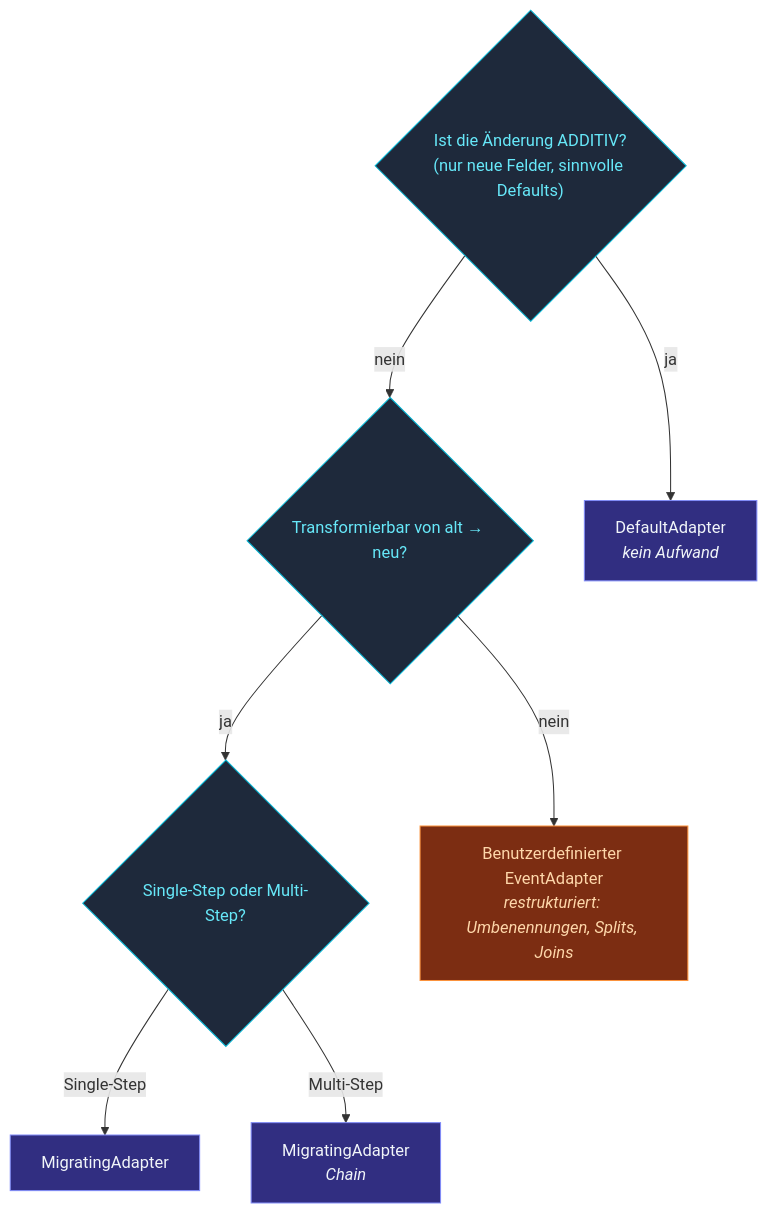
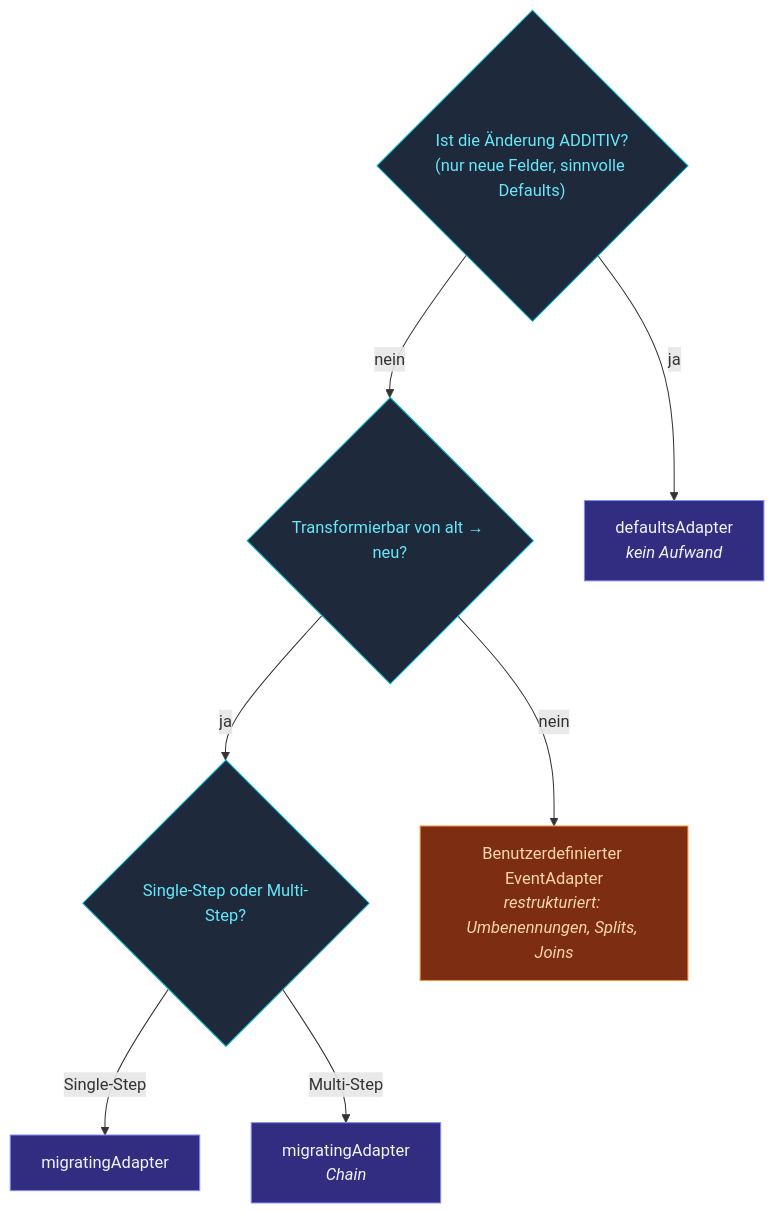
The diagram in docs/src/content/docs/de/persistence/migration/overview.mdx (pathosDev/actor-ts), drawn with Mermaid before and after one commit. The commit also changed other lines of this file and 15 other files, not shown here.

````diff
--- a/docs/src/content/docs/de/persistence/migration/overview.mdx
+++ b/docs/src/content/docs/de/persistence/migration/overview.mdx
@@ -129,22 +129,22 @@
 ```mermaid
 flowchart TB
   Q1{"Ist die Änderung ADDITIV?<br/>(nur neue Felder, sinnvolle Defaults)"}
   Q2{"Transformierbar von alt → neu?"}
   Q3{"Single-Step oder Multi-Step?"}
-  DEF["DefaultAdapter<br/><i>kein Aufwand</i>"]
-  MIG1["MigratingAdapter"]
-  MIG2["MigratingAdapter<br/><i>Chain</i>"]
+  DEF["defaultsAdapter<br/><i>kein Aufwand</i>"]
+  MIG1["migratingAdapter"]
+  MIG2["migratingAdapter<br/><i>Chain</i>"]
   CUSTOM["Benutzerdefinierter EventAdapter<br/><i>restrukturiert: Umbenennungen, Splits, Joins</i>"]
   Q1 -- "ja" --> DEF
   Q1 -- "nein" --> Q2
   Q2 -- "ja" --> Q3
   Q2 -- "nein" --> CUSTOM
   Q3 -- "Single-Step" --> MIG1
   Q3 -- "Multi-Step" --> MIG2
   classDef q  fill:#1e293b,stroke:#06b6d4,color:#67e8f9;
   classDef ok fill:#312e81,stroke:#818cf8,color:#f1f5f9;
   classDef warn fill:#7c2d12,stroke:#fb923c,color:#fed7aa;
   class Q1,Q2,Q3 q
   class DEF,MIG1,MIG2 ok
   class CUSTOM warn
 ```
````
